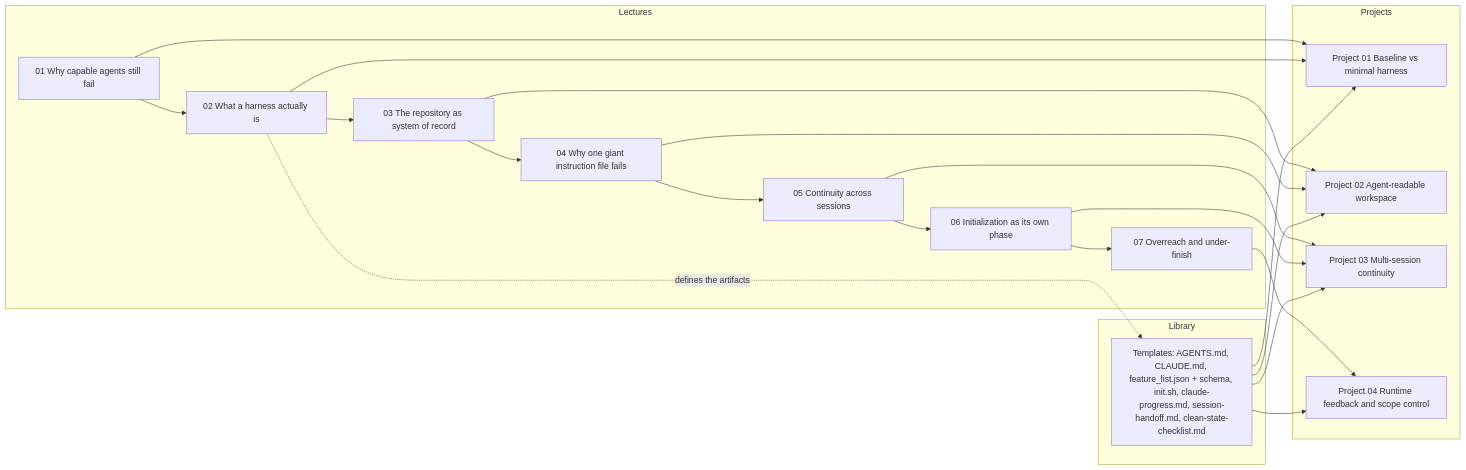
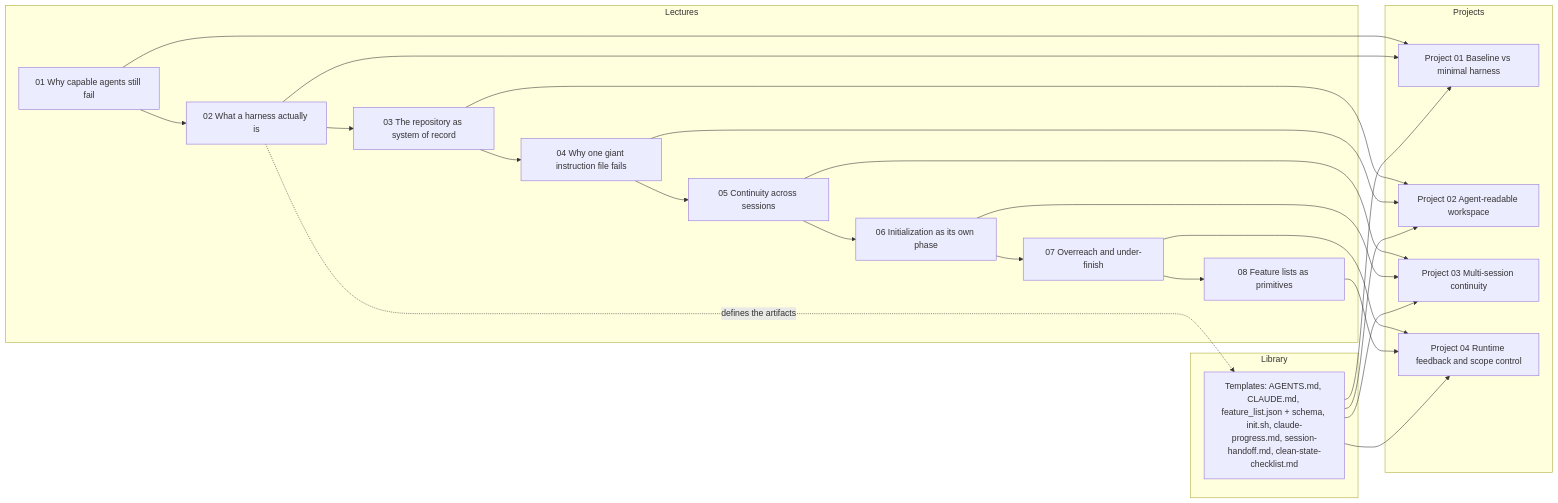
One commit to ANI-IN/harness-engineering-session changed the diagram in docs/curriculum-map.md. Above: the diagram before and after it, drawn with Mermaid. The commit also changed other lines of this file and 57 other files, not shown here.

First line of the commit message:
Add lecture 08: why feature lists are harness primitives

````diff
--- a/docs/curriculum-map.md
+++ b/docs/curriculum-map.md
@@ -14,44 +14,47 @@
 ```mermaid
 flowchart LR
   subgraph Lectures
     L01["01 Why capable agents still fail"]
     L02["02 What a harness actually is"]
     L03["03 The repository as system of record"]
     L04["04 Why one giant instruction file fails"]
     L05["05 Continuity across sessions"]
     L06["06 Initialization as its own phase"]
     L07["07 Overreach and under-finish"]
+    L08["08 Feature lists as primitives"]
   end
 
   subgraph Projects
     P01["Project 01 Baseline vs minimal harness"]
     P02["Project 02 Agent-readable workspace"]
     P03["Project 03 Multi-session continuity"]
     P04["Project 04 Runtime feedback and scope control"]
   end
 
   subgraph Library
     T["Templates: AGENTS.md, CLAUDE.md, feature_list.json + schema, init.sh, claude-progress.md, session-handoff.md, clean-state-checklist.md"]
   end
 
   L01 --> L02
   L02 --> L03
   L03 --> L04
   L04 --> L05
   L05 --> L06
   L06 --> L07
+  L07 --> L08
 
   L01 --> P01
   L02 --> P01
   L03 --> P02
   L04 --> P02
   L05 --> P03
   L06 --> P03
   L07 --> P04
+  L08 --> P04
 
   T --> P01
   T --> P02
   T --> P03
   T --> P04
   L02 -. "defines the artifacts" .-> T
 ```
````
